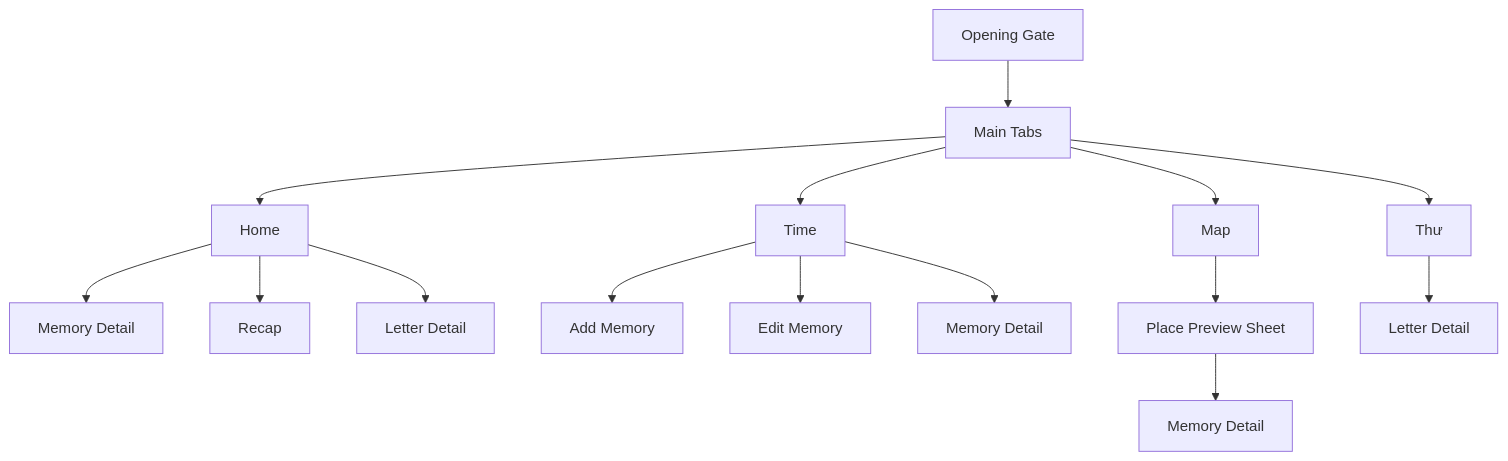
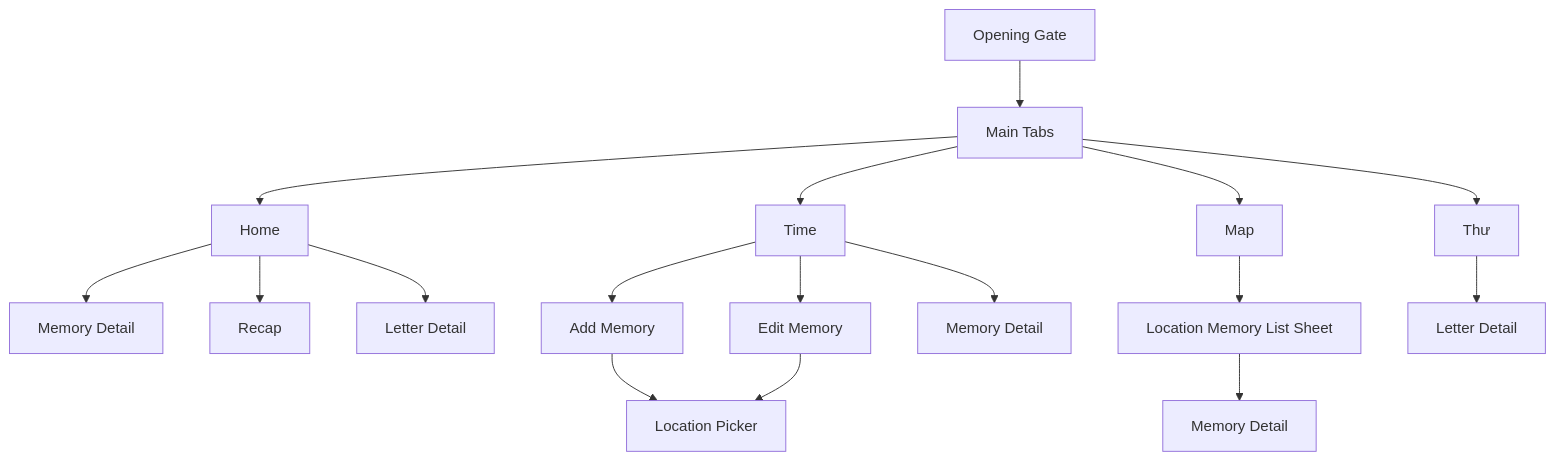
The first of 4 diagrams in docs/designs/love-journal-current-ui-ux.md (lehung1006/love-journal), drawn with Mermaid before and after one commit. The commit also changed other lines of this file and 43 other files, not shown here.

````diff
--- a/docs/designs/love-journal-current-ui-ux.md
+++ b/docs/designs/love-journal-current-ui-ux.md
@@ -156,22 +162,24 @@
 ```mermaid
 flowchart TD
   A["Opening Gate"] --> B["Main Tabs"]
 
   B --> H["Home"]
   B --> T["Time"]
   B --> M["Map"]
   B --> L["Thư"]
 
   H --> HD["Memory Detail"]
   H --> HR["Recap"]
   H --> HL["Letter Detail"]
 
   T --> TA["Add Memory"]
   T --> TE["Edit Memory"]
   T --> TD["Memory Detail"]
+  TA --> LP["Location Picker"]
+  TE --> LP
 
-  M --> MS["Place Preview Sheet"]
+  M --> MS["Location Memory List Sheet"]
   MS --> MD["Memory Detail"]
 
   L --> LD["Letter Detail"]
 ```
````
